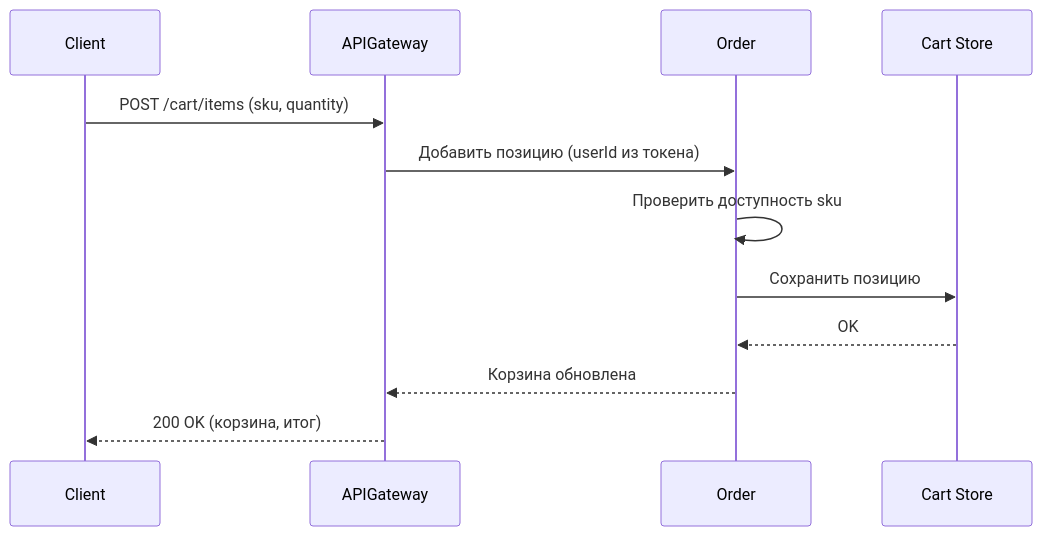
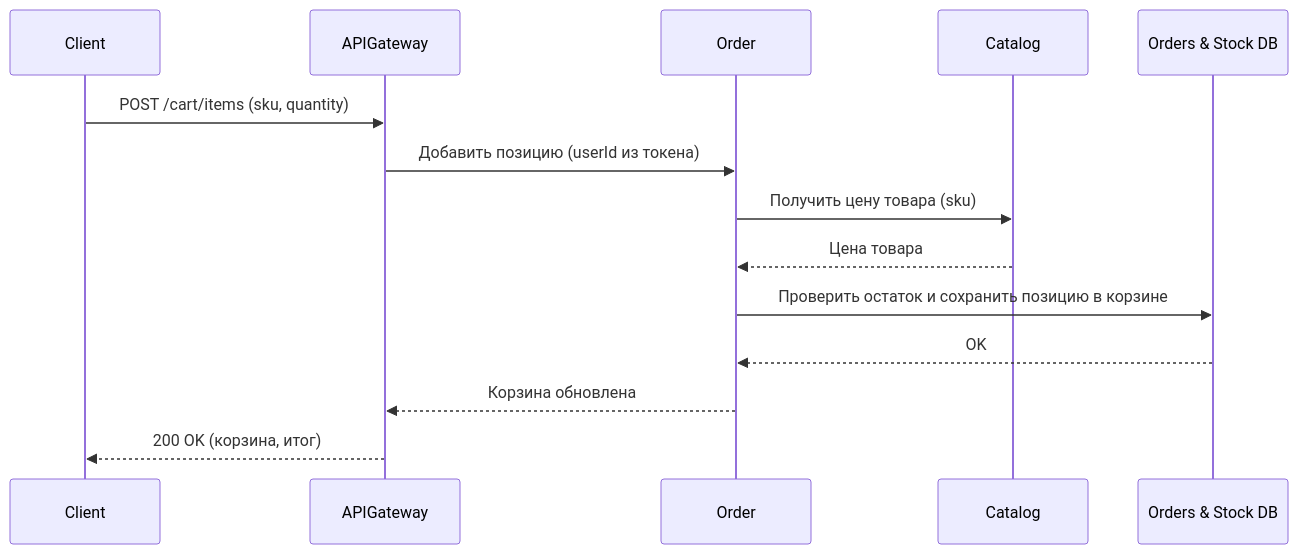
Before and after one commit to spbu-ds-practicum-2026/good_question: the third of 10 diagrams in docs/tr.md, drawn with Mermaid. The commit also changed other lines of this file, not shown here.

````diff
--- a/docs/tr.md
+++ b/docs/tr.md
@@ -306,15 +340,17 @@
 ```mermaid
 sequenceDiagram
   participant Client
   participant APIGateway
   participant Order
-  participant Cart as Cart Store
+  participant Catalog
+  participant OrdersDB as Orders & Stock DB
 
   Client->>APIGateway: POST /cart/items (sku, quantity)
   APIGateway->>Order: Добавить позицию (userId из токена)
-  Order->>Order: Проверить доступность sku
-  Order->>Cart: Сохранить позицию
-  Cart-->>Order: OK
+  Order->>Catalog: Получить цену товара (sku)
+  Catalog-->>Order: Цена товара
+  Order->>OrdersDB: Проверить остаток и сохранить позицию в корзине
+  OrdersDB-->>Order: OK
   Order-->>APIGateway: Корзина обновлена
   APIGateway-->>Client: 200 OK (корзина, итог)
 ```
````
